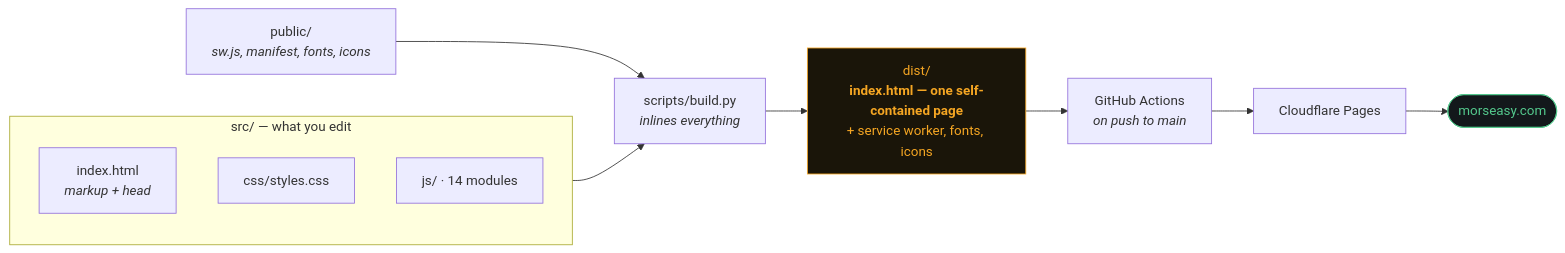
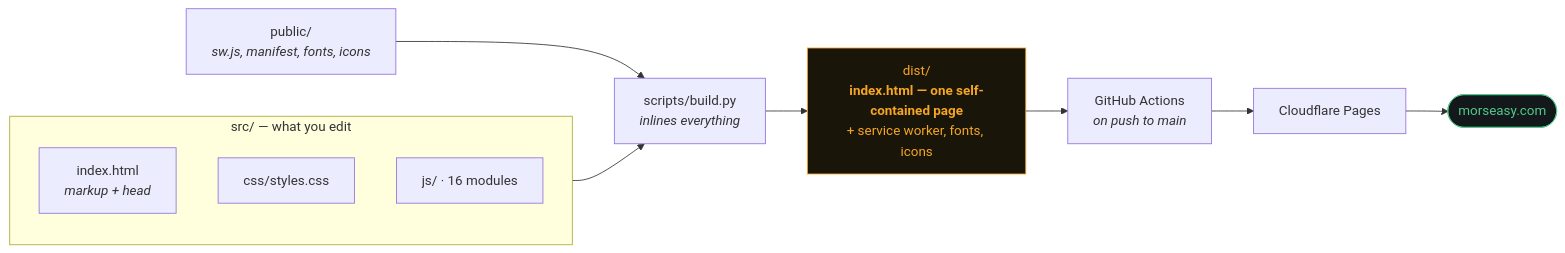
Before and after one commit to vandernunes/morseasy: the second of 2 diagrams in README.md, drawn with Mermaid. The commit also changed other lines of this file and 6 other files, not shown here.

````diff
--- a/README.md
+++ b/README.md
@@ -131,19 +146,19 @@
 ```mermaid
 flowchart LR
     subgraph SRC ["src/ — what you edit"]
         direction TB
         H["index.html<br/><i>markup + head</i>"]
         CSS["css/styles.css"]
-        JS["js/ · 14 modules"]
+        JS["js/ · 16 modules"]
     end
 
     SRC --> B["scripts/build.py<br/><i>inlines everything</i>"]
     P["public/<br/><i>sw.js, manifest, fonts, icons</i>"] --> B
     B --> D["dist/<br/><b>index.html — one self-contained page</b><br/>+ service worker, fonts, icons"]
     D --> CI["GitHub Actions<br/><i>on push to main</i>"]
     CI --> CF["Cloudflare Pages"]
     CF --> DOM(["morseasy.com"])
 
     style D fill:#1A1509,stroke:#F5A623,color:#F5A623
     style DOM fill:#13181B,stroke:#54C98D,color:#54C98D
 ```
````
